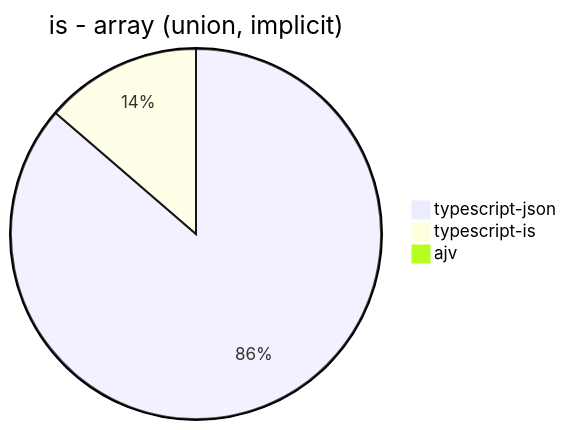
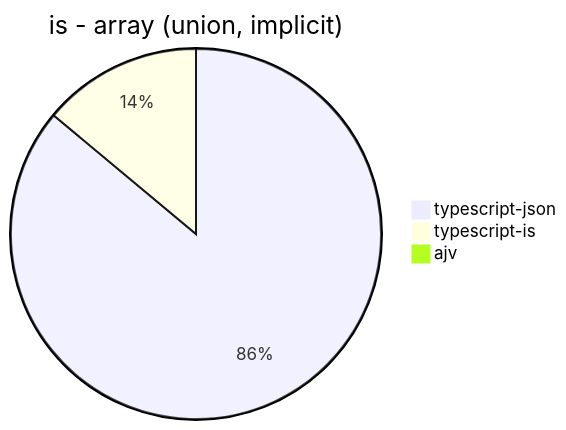
Before and after one commit to neklan1205/typescript-json: diagram 13 of 30 in benchmark/results/Intel(R) Core(TM) i7-6700 CPU @ 3.40GHz.md, drawn with Mermaid. The commit also changed other lines of this file, not shown here.

````diff
--- a/benchmark/results/Intel(R) Core(TM) i7-6700 CPU @ 3.40GHz.md
+++ b/benchmark/results/Intel(R) Core(TM) i7-6700 CPU @ 3.40GHz.md
@@ -125,6 +125,6 @@
 ```mermaid
 pie title is - array (union, implicit)
-  "typescript-json": 4631.346578366446
-  "typescript-is": 733.9497557571528
+  "typescript-json": 4768.89052709178
+  "typescript-is": 772.5794797687862
   "ajv": 0
 ```
````
